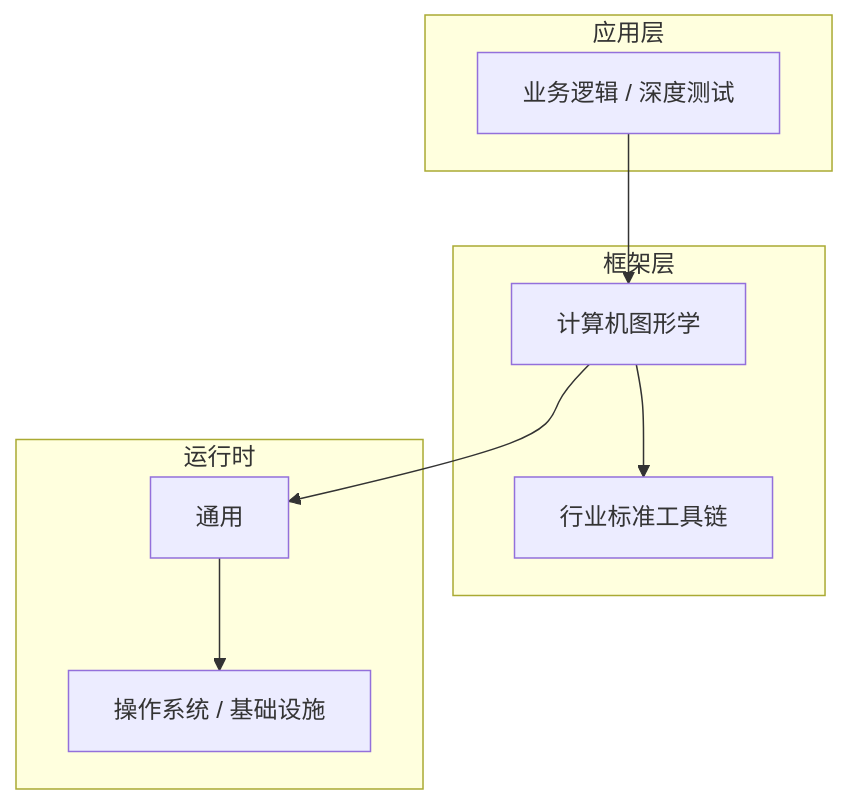
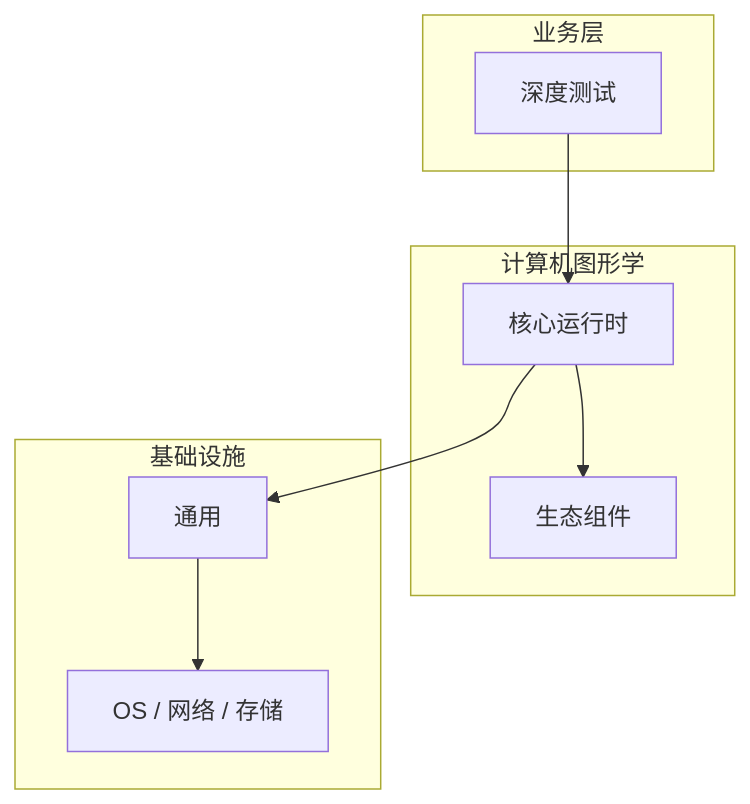
The diagram in articles/计算机图形学/chapters/041-深度测试核心概念与原理.md (yanggan2015/knowledge-json-v2), drawn with Mermaid before and after one commit. The commit also changed other lines of this file and 10127 other files, not shown here.

````diff
--- a/articles/计算机图形学/chapters/041-深度测试核心概念与原理.md
+++ b/articles/计算机图形学/chapters/041-深度测试核心概念与原理.md
@@ -45,18 +30,18 @@
 ```mermaid
 graph TB
-    subgraph 应用层
-        A[业务逻辑 / 深度测试]
+    subgraph 业务层
+        A[深度测试]
     end
-    subgraph 框架层
-        B[计算机图形学]
-        C[行业标准工具链]
+    subgraph 计算机图形学
+        B[核心运行时]
+        C[生态组件]
     end
-    subgraph 运行时
+    subgraph 基础设施
         D[通用]
-        E[操作系统 / 基础设施]
+        E[OS / 网络 / 存储]
     end
     A --> B
     B --> C
     B --> D
     D --> E
 ```
````
